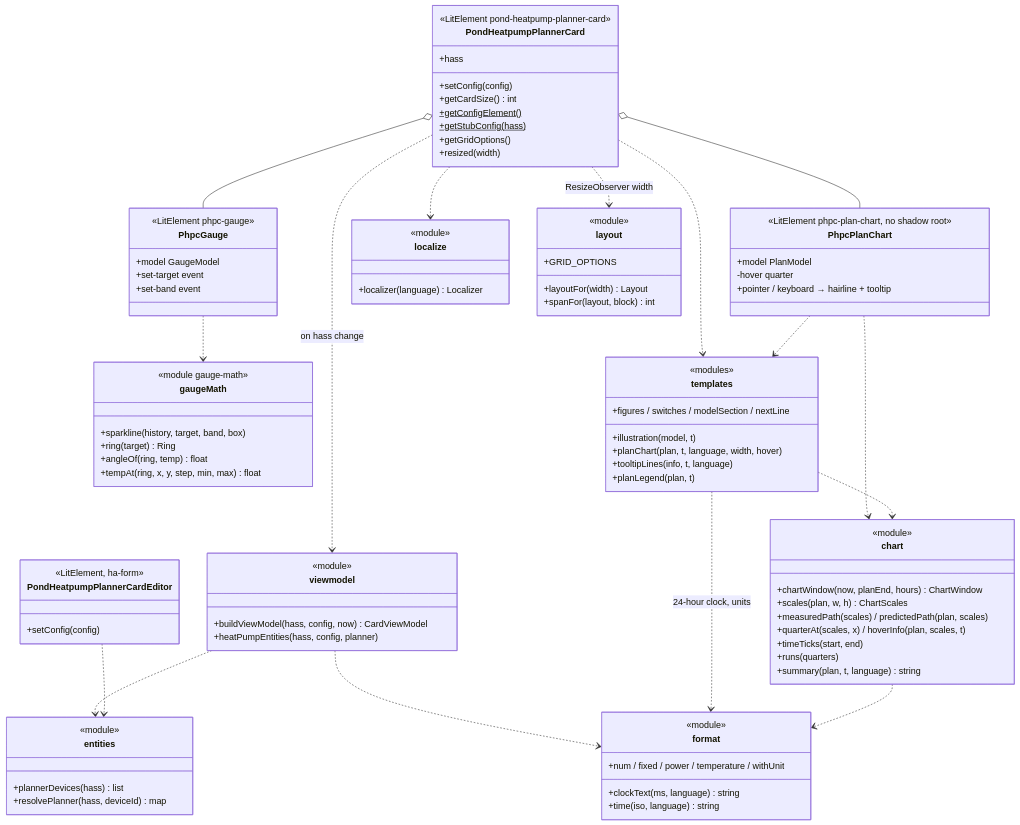
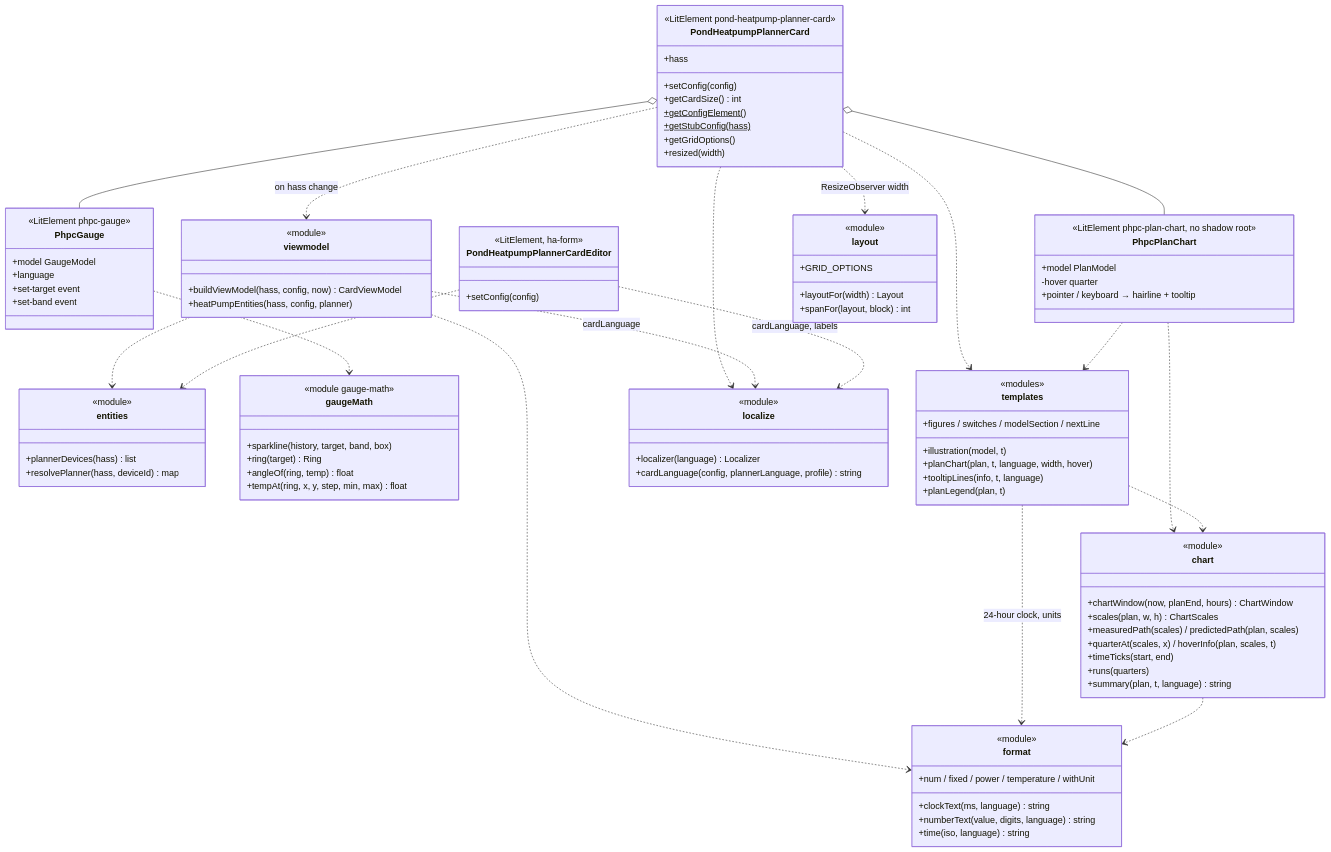
Diagram 21 of 25 in docs/architecture.md (abroeders/pond-heatpump-price-planner), drawn with Mermaid before and after one commit. The commit also changed other lines of this file and 6 other files, not shown here.

Commit message:
docs: language option in configuration, entities, card and architecture (#28)

````diff
--- a/docs/architecture.md
+++ b/docs/architecture.md
@@ -827,6 +842,7 @@
     class PhpcGauge {
         <<LitElement phpc-gauge>>
         +model GaugeModel
+        +language
         +set-target event
         +set-band event
     }
@@ -874,10 +890,12 @@
     class localize {
         <<module>>
         +localizer(language) Localizer
+        +cardLanguage(config, plannerLanguage, profile) string
     }
     class format {
         <<module>>
         +clockText(ms, language) string
+        +numberText(value, digits, language) string
         +time(iso, language) string
         +num / fixed / power / temperature / withUnit
     }
@@ -902,4 +920,6 @@
     PondHeatpumpPlannerCard ..> localize
     PondHeatpumpPlannerCard ..> layout : ResizeObserver width
     PondHeatpumpPlannerCardEditor ..> entities
+    viewmodel ..> localize : cardLanguage
+    PondHeatpumpPlannerCardEditor ..> localize : cardLanguage, labels
 ```
````
